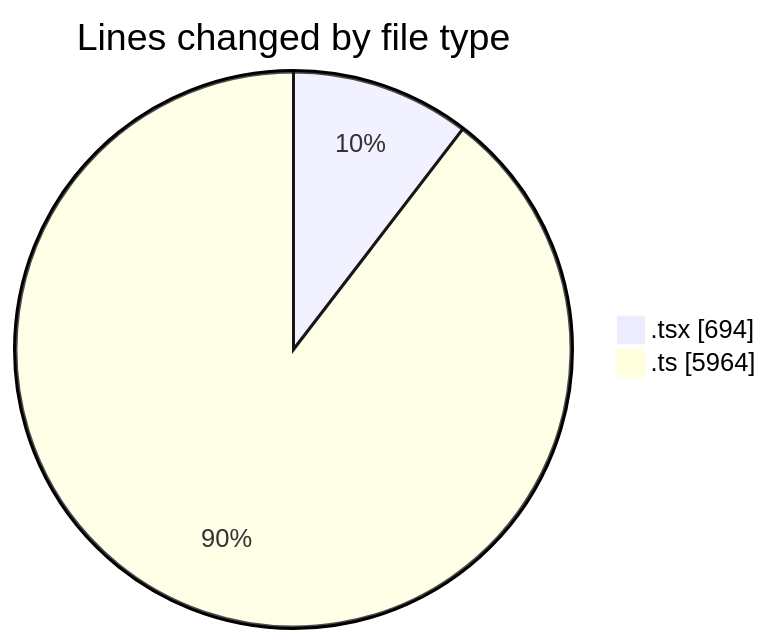
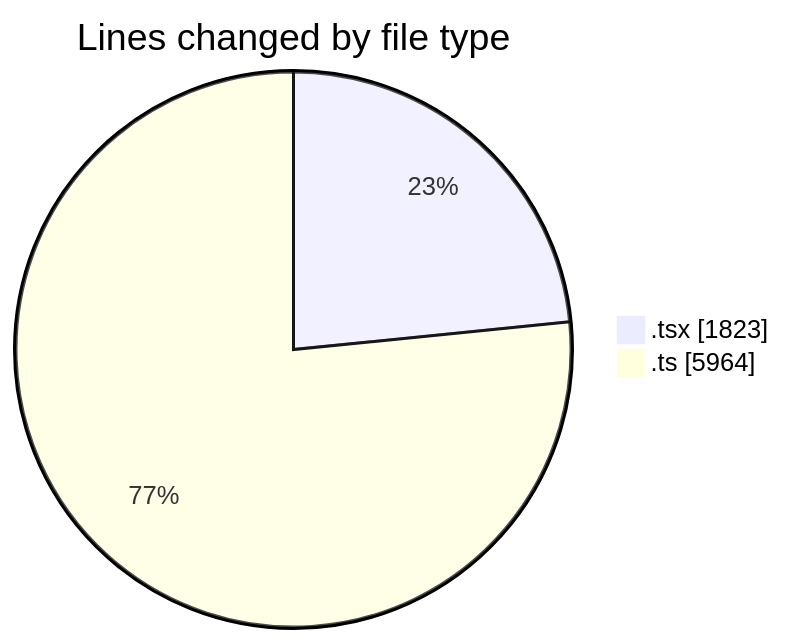
Before and after one commit to momahboobian/code-tracking: the first of 2 diagrams in 2025-09-22/cda/README.md, drawn with Mermaid. The commit also changed other lines of this file and 1 other file, not shown here.

````diff
--- a/2025-09-22/cda/README.md
+++ b/2025-09-22/cda/README.md
@@ -26,6 +27,6 @@
 ```mermaid
 pie showData
 title Lines changed by file type
-".tsx" : 694
+".tsx" : 1823
 ".ts" : 5964
 ```
````
